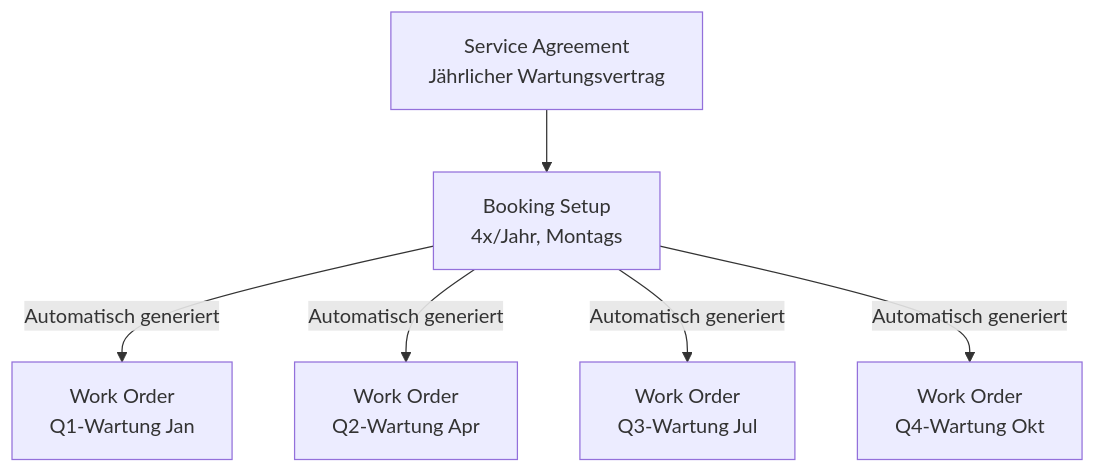
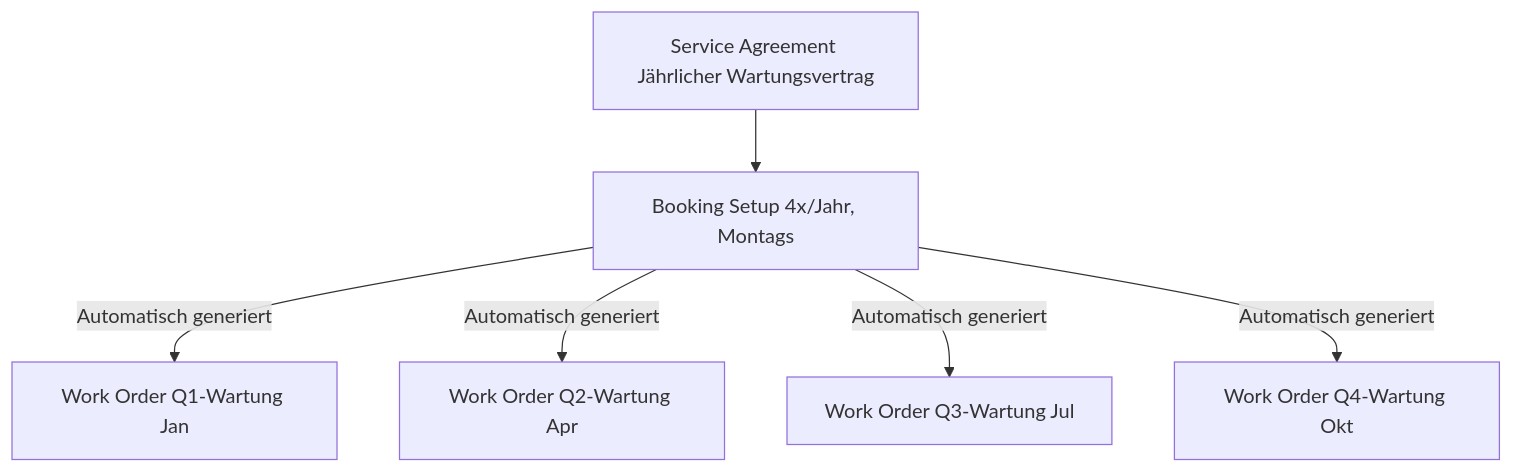
One commit to SoniiiT/notes-n-docs changed the second of 5 diagrams in Microsoft 365/Dynamics 365/Dynamics 365 Field Service.md. Above: the diagram before and after it, drawn with Mermaid. The commit also changed other lines of this file and 124 other files, not shown here.

First line of the commit message:
fix: Entferne \n aus allen Mermaid-Diagrammen (125 Dateien)

````diff
--- a/Microsoft 365/Dynamics 365/Dynamics 365 Field Service.md
+++ b/Microsoft 365/Dynamics 365/Dynamics 365 Field Service.md
@@ -83,8 +83,8 @@
 ```mermaid
 graph TD
-    AGR[Service Agreement\nJährlicher Wartungsvertrag] --> BS[Booking Setup\n4x/Jahr, Montags]
-    BS -->|Automatisch generiert| WO1[Work Order\nQ1-Wartung Jan]
-    BS -->|Automatisch generiert| WO2[Work Order\nQ2-Wartung Apr]
-    BS -->|Automatisch generiert| WO3[Work Order\nQ3-Wartung Jul]
-    BS -->|Automatisch generiert| WO4[Work Order\nQ4-Wartung Okt]
+    AGR[Service Agreement Jährlicher Wartungsvertrag] --> BS[Booking Setup 4x/Jahr, Montags]
+    BS -->|Automatisch generiert| WO1[Work Order Q1-Wartung Jan]
+    BS -->|Automatisch generiert| WO2[Work Order Q2-Wartung Apr]
+    BS -->|Automatisch generiert| WO3[Work Order Q3-Wartung Jul]
+    BS -->|Automatisch generiert| WO4[Work Order Q4-Wartung Okt]
 ```
````
